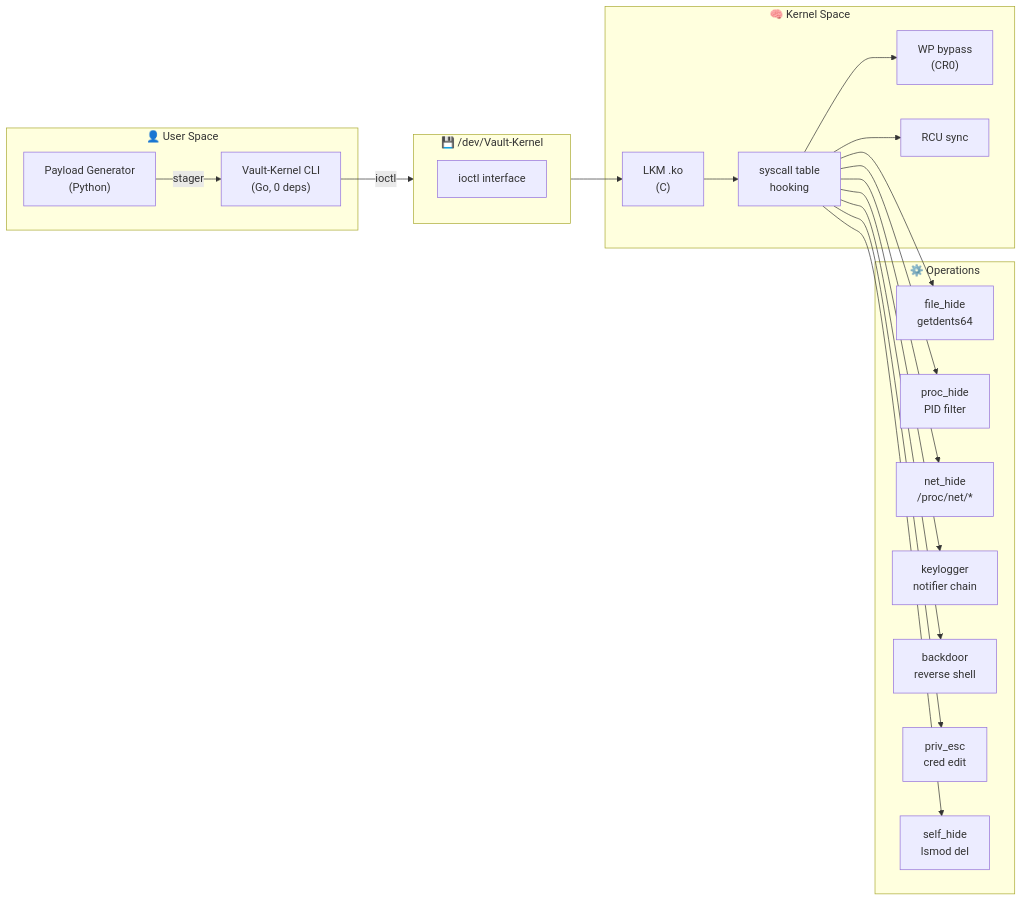
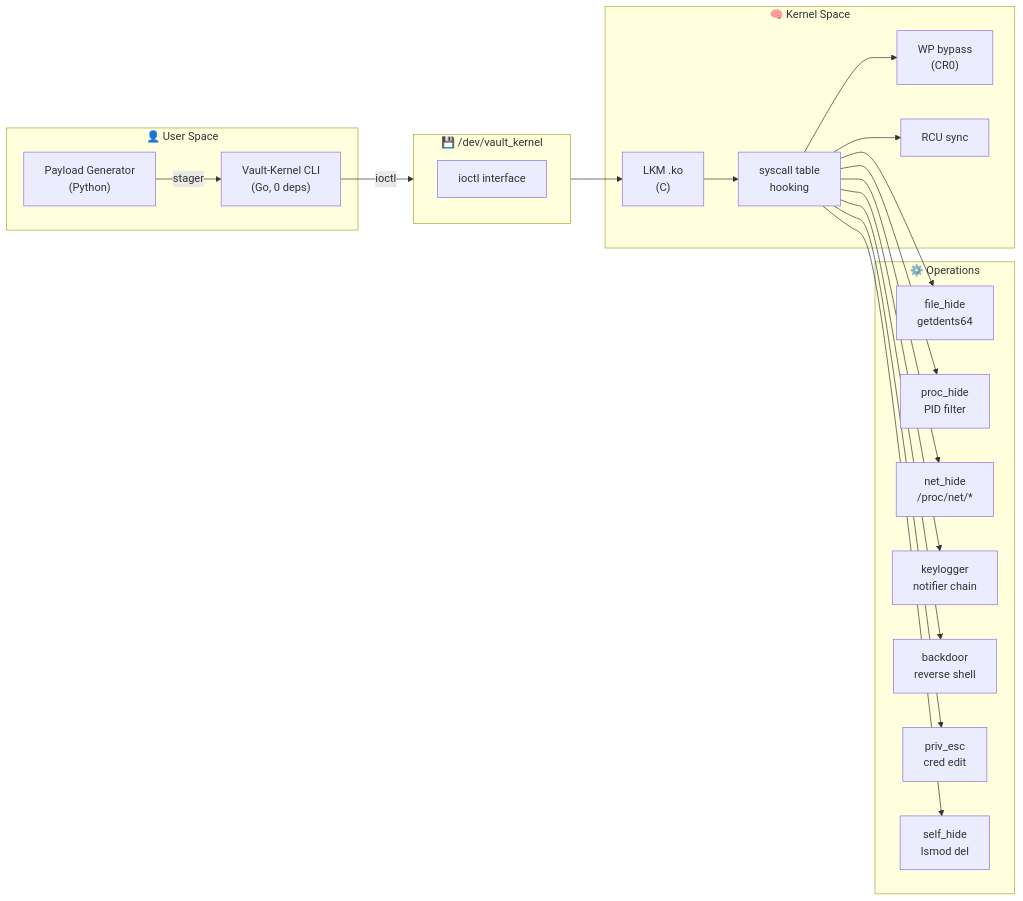
Before and after one commit to Ruby570bocadito/Vault-Kernel: the diagram in README.md, drawn with Mermaid. The commit also changed other lines of this file and 27 other files, not shown here.

First line of the commit message:
refactor: rename rooteame → vault_kernel across all source files

````diff
--- a/README.md
+++ b/README.md
@@ -41,41 +41,41 @@
 ```mermaid
 flowchart LR
     subgraph User["👤 User Space"]
         CLI["Vault-Kernel CLI<br/>(Go, 0 deps)"]
         Payload["Payload Generator<br/>(Python)"]
     end
 
     subgraph Kernel["🧠 Kernel Space"]
         LKM["LKM .ko<br/>(C)"]
         SCT["syscall table<br/>hooking"]
         WP["WP bypass<br/>(CR0)"]
         RCU["RCU sync"]
     end
 
     subgraph Ops["⚙️ Operations"]
         FH["file_hide<br/>getdents64"]
         PH["proc_hide<br/>PID filter"]
         NH["net_hide<br/>/proc/net/*"]
         KL["keylogger<br/>notifier chain"]
         BS["backdoor<br/>reverse shell"]
         PE["priv_esc<br/>cred edit"]
         SH["self_hide<br/>lsmod del"]
     end
 
-    subgraph Device["💾 /dev/Vault-Kernel"]
+    subgraph Device["💾 /dev/vault_kernel"]
         IOC["ioctl interface"]
     end
 
     CLI -->|ioctl| Device
     Payload -->|stager| CLI
     Device --> LKM
     LKM --> SCT --> WP
     SCT --> RCU
     SCT --> FH
     SCT --> PH
     SCT --> NH
     SCT --> KL
     SCT --> BS
     SCT --> PE
     SCT --> SH
 ```
````
